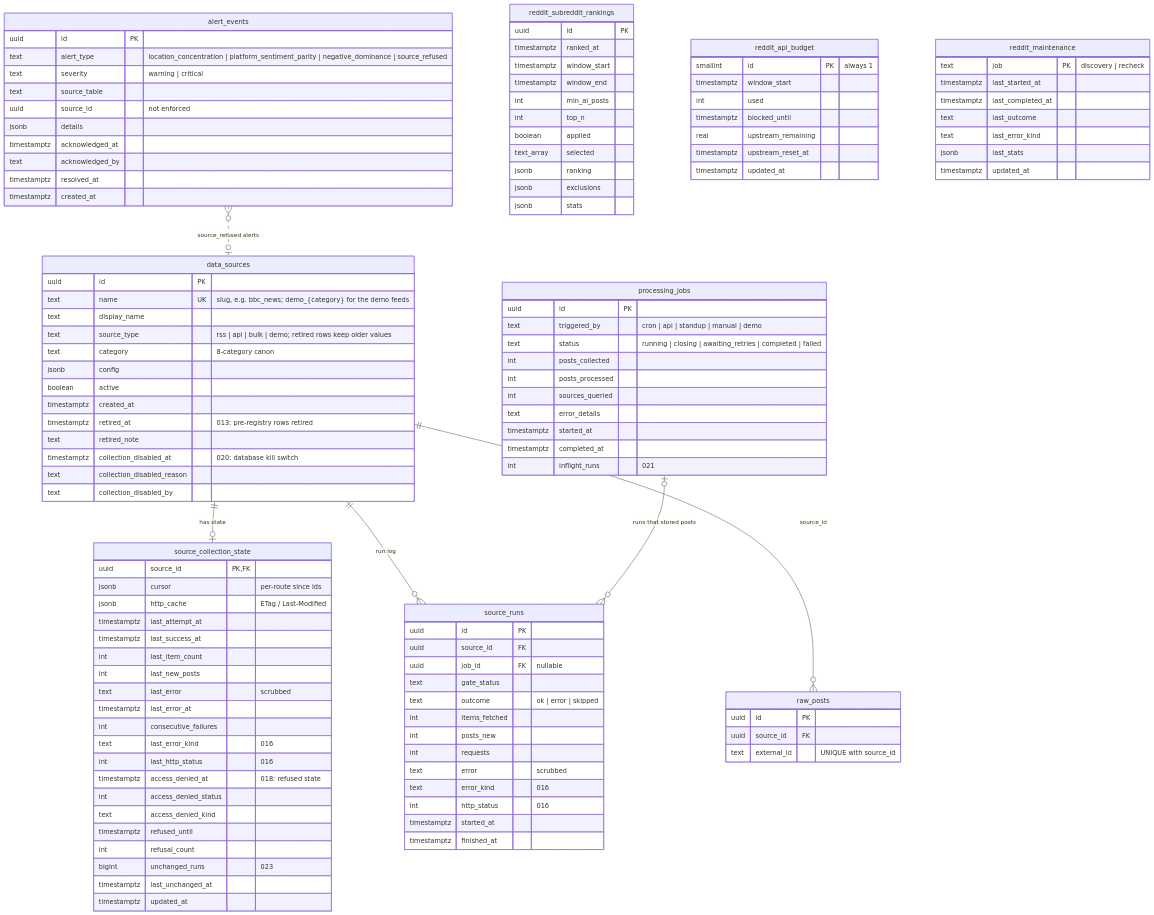
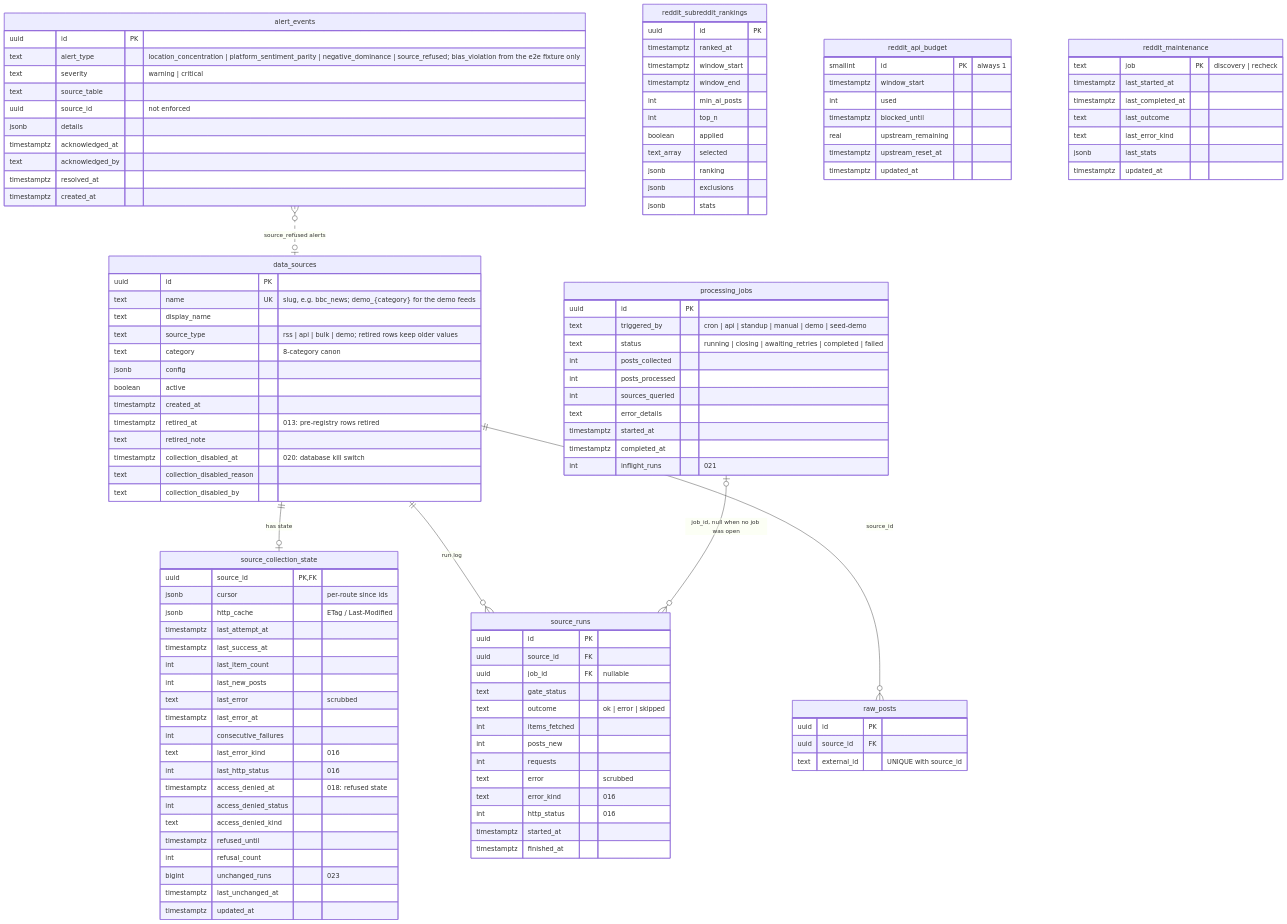
Before and after one commit to jennifer-mckinney/pulse-of-ai: the diagram in docs/diagrams/data/erd-1-sources-and-jobs.mmd, drawn with Mermaid. The commit also changed 47 other files, not shown here.

First line of the commit message:
Apply the round-1 diagram audit corrections (57 FAILs)

```diff
--- a/docs/diagrams/data/erd-1-sources-and-jobs.mmd
+++ b/docs/diagrams/data/erd-1-sources-and-jobs.mmd
@@ -1,131 +1,131 @@
 %% Title: Data model 1 of 3 · sources, collection state, jobs, alerts, Reddit
 %% Summary: The tables that describe the 52 registry sources, their collection state and runs, the processing jobs every score belongs to, alerts, and Reddit's selection, budget and maintenance state.
 %% Sources: src/db/migrations/001, 003, 013, 016, 018, 019, 020, 021, 023, 025. Spec: TECHNICAL_SPEC.md section 6. raw_posts is shown with its keys only (full columns in data model 2). Dotted lines are logical links without a foreign key.
 erDiagram
 
   data_sources {
     uuid id PK
     text name UK "slug, e.g. bbc_news; demo_{category} for the demo feeds"
     text display_name
     text source_type "rss | api | bulk | demo; retired rows keep older values"
     text category "8-category canon"
     jsonb config
     boolean active
     timestamptz created_at
     timestamptz retired_at "013: pre-registry rows retired"
     text retired_note
     timestamptz collection_disabled_at "020: database kill switch"
     text collection_disabled_reason
     text collection_disabled_by
   }
 
   source_collection_state {
     uuid source_id PK, FK
     jsonb cursor "per-route since ids"
     jsonb http_cache "ETag / Last-Modified"
     timestamptz last_attempt_at
     timestamptz last_success_at
     int last_item_count
     int last_new_posts
     text last_error "scrubbed"
     timestamptz last_error_at
     int consecutive_failures
     text last_error_kind "016"
     int last_http_status "016"
     timestamptz access_denied_at "018: refused state"
     int access_denied_status
     text access_denied_kind
     timestamptz refused_until
     int refusal_count
     bigint unchanged_runs "023"
     timestamptz last_unchanged_at
     timestamptz updated_at
   }
 
   source_runs {
     uuid id PK
     uuid source_id FK
     uuid job_id FK "nullable"
     text gate_status
     text outcome "ok | error | skipped"
     int items_fetched
     int posts_new
     int requests
     text error "scrubbed"
     text error_kind "016"
     int http_status "016"
     timestamptz started_at
     timestamptz finished_at
   }
 
   processing_jobs {
     uuid id PK
-    text triggered_by "cron | api | standup | manual | demo"
+    text triggered_by "cron | api | standup | manual | demo | seed-demo"
     text status "running | closing | awaiting_retries | completed | failed"
     int posts_collected
     int posts_processed
     int sources_queried
     text error_details
     timestamptz started_at
     timestamptz completed_at
     int inflight_runs "021"
   }
 
   alert_events {
     uuid id PK
-    text alert_type "location_concentration | platform_sentiment_parity | negative_dominance | source_refused"
+    text alert_type "location_concentration | platform_sentiment_parity | negative_dominance | source_refused; bias_violation from the e2e fixture only"
     text severity "warning | critical"
     text source_table
     uuid source_id "not enforced"
     jsonb details
     timestamptz acknowledged_at
     text acknowledged_by
     timestamptz resolved_at
     timestamptz created_at
   }
 
   raw_posts {
     uuid id PK
     uuid source_id FK
     text external_id "UNIQUE with source_id"
   }
 
   reddit_subreddit_rankings {
     uuid id PK
     timestamptz ranked_at
     timestamptz window_start
     timestamptz window_end
     int min_ai_posts
     int top_n
     boolean applied
     text_array selected
     jsonb ranking
     jsonb exclusions
     jsonb stats
   }
 
   reddit_api_budget {
     smallint id PK "always 1"
     timestamptz window_start
     int used
     timestamptz blocked_until
     real upstream_remaining
     timestamptz upstream_reset_at
     timestamptz updated_at
   }
 
   reddit_maintenance {
     text job PK "discovery | recheck"
     timestamptz last_started_at
     timestamptz last_completed_at
     text last_outcome
     text last_error_kind
     jsonb last_stats
     timestamptz updated_at
   }
 
   data_sources ||--o| source_collection_state : "has state"
   data_sources ||--o{ source_runs : "run log"
-  processing_jobs |o--o{ source_runs : "runs that stored posts"
+  processing_jobs |o--o{ source_runs : "job_id, null when no job was open"
   data_sources ||--o{ raw_posts : "source_id"
   alert_events }o..o| data_sources : "source_refused alerts"
```
